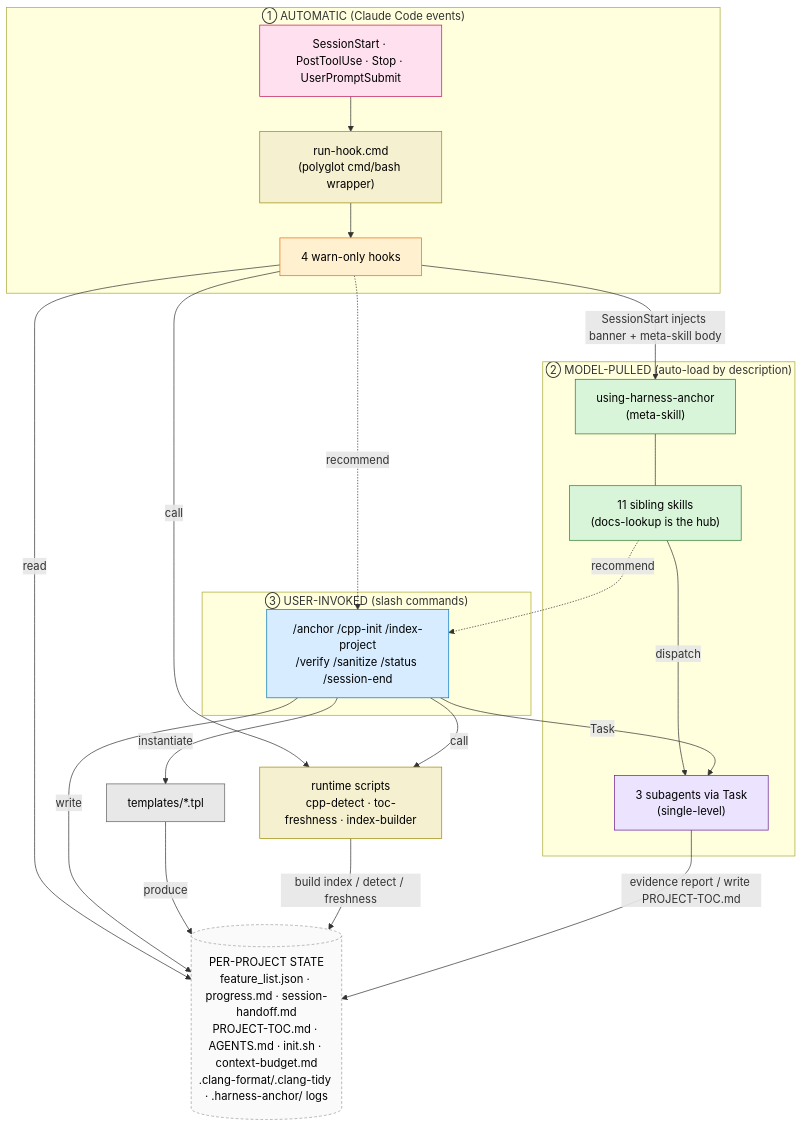
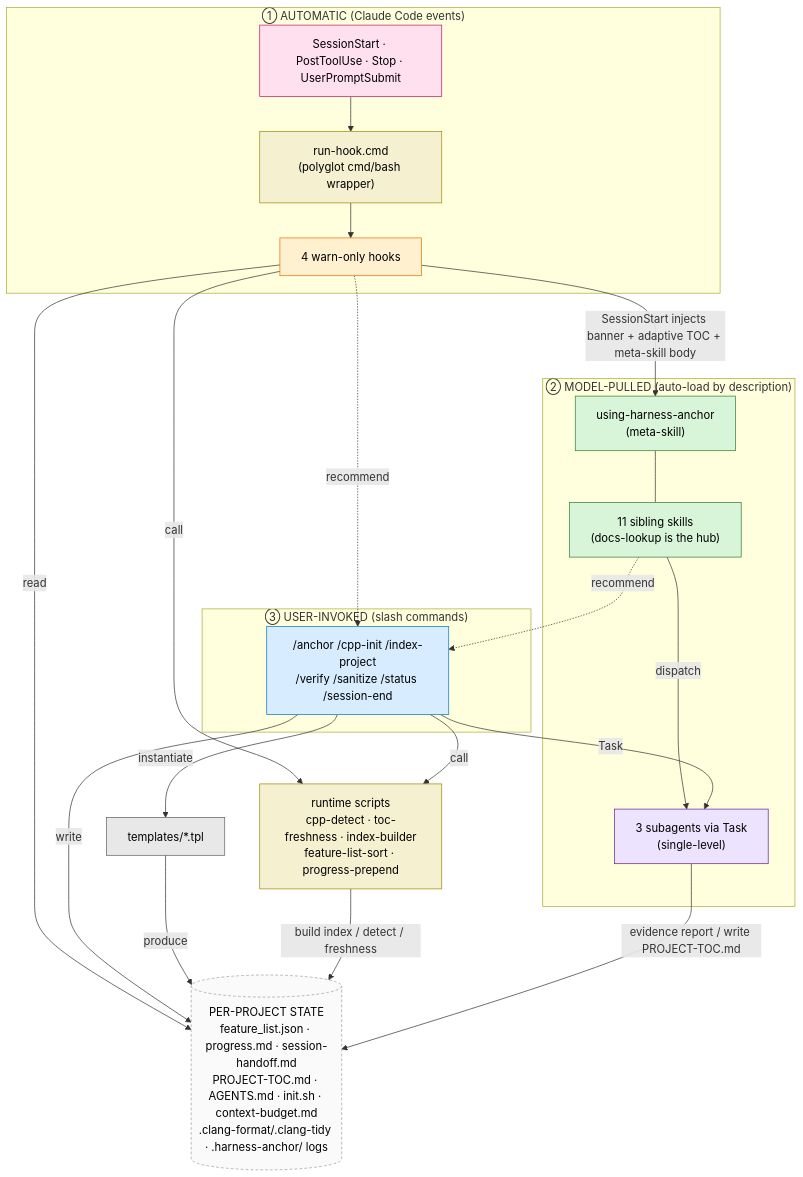
One commit to Redtropig/harness-anchor changed the second of 6 diagrams in docs/architecture.md. Above: the diagram before and after it, drawn with Mermaid. The commit also changed other lines of this file and 19 other files, not shown here.

First line of the commit message:
feat(state): scale feature_list / progress / PROJECT-TOC for long-running projects

````diff
--- a/docs/architecture.md
+++ b/docs/architecture.md
@@ -55,47 +55,47 @@
 ```mermaid
 flowchart TB
   classDef evt fill:#ffe0ef,stroke:#c2185b,color:#000
   classDef hook fill:#fff0d0,stroke:#ef6c00,color:#000
   classDef cmd fill:#d7ecff,stroke:#0277bd,color:#000
   classDef skill fill:#d9f5d9,stroke:#2e7d32,color:#000
   classDef agent fill:#ece3ff,stroke:#6a1b9a,color:#000
   classDef script fill:#f5f0d0,stroke:#9e8a00,color:#000
   classDef tpl fill:#e8e8e8,stroke:#616161,color:#000
   classDef state fill:#fafafa,stroke:#9e9e9e,color:#000,stroke-dasharray:4 3
 
   subgraph AUTO["① AUTOMATIC (Claude Code events)"]
     EV["SessionStart · PostToolUse · Stop · UserPromptSubmit"]:::evt
     RUN["run-hook.cmd<br/>(polyglot cmd/bash wrapper)"]:::script
     HOOKS["4 warn-only hooks"]:::hook
     EV --> RUN --> HOOKS
   end
 
   subgraph PULL["② MODEL-PULLED (auto-load by description)"]
     META["using-harness-anchor<br/>(meta-skill)"]:::skill
     SKILLS["11 sibling skills<br/>(docs-lookup is the hub)"]:::skill
     AGENTS["3 subagents via Task<br/>(single-level)"]:::agent
     META --- SKILLS
     SKILLS -->|"dispatch"| AGENTS
   end
 
   subgraph USER["③ USER-INVOKED (slash commands)"]
     CMDS["/anchor /cpp-init /index-project<br/>/verify /sanitize /status /session-end"]:::cmd
   end
 
-  HELP["runtime scripts<br/>cpp-detect · toc-freshness · index-builder"]:::script
+  HELP["runtime scripts<br/>cpp-detect · toc-freshness · index-builder<br/>feature-list-sort · progress-prepend"]:::script
   TPL["templates/*.tpl"]:::tpl
   STATE[("PER-PROJECT STATE<br/>feature_list.json · progress.md · session-handoff.md<br/>PROJECT-TOC.md · AGENTS.md · init.sh · context-budget.md<br/>.clang-format/.clang-tidy · .harness-anchor/ logs")]:::state
 
   HOOKS -->|"read"| STATE
   HOOKS -->|"call"| HELP
-  HOOKS -->|"SessionStart injects banner + meta-skill body"| META
+  HOOKS -->|"SessionStart injects banner + adaptive TOC + meta-skill body"| META
   HOOKS -.->|"recommend"| CMDS
   SKILLS -.->|"recommend"| CMDS
   CMDS -->|"call"| HELP
   CMDS -->|"Task"| AGENTS
   CMDS -->|"instantiate"| TPL
   CMDS -->|"write"| STATE
   TPL -->|"produce"| STATE
   HELP -->|"build index / detect / freshness"| STATE
   AGENTS -->|"evidence report / write PROJECT-TOC.md"| STATE
 ```
````
